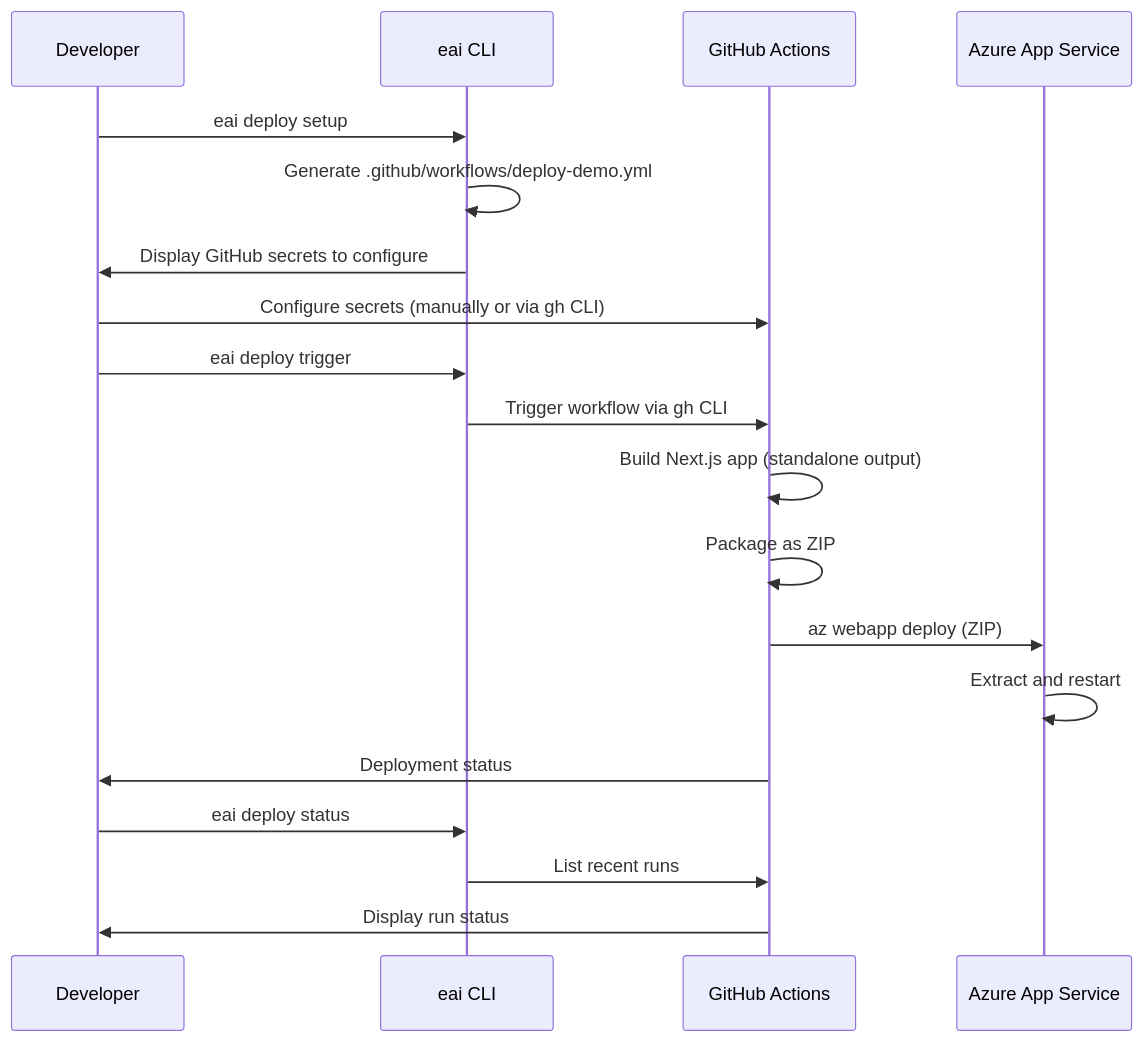
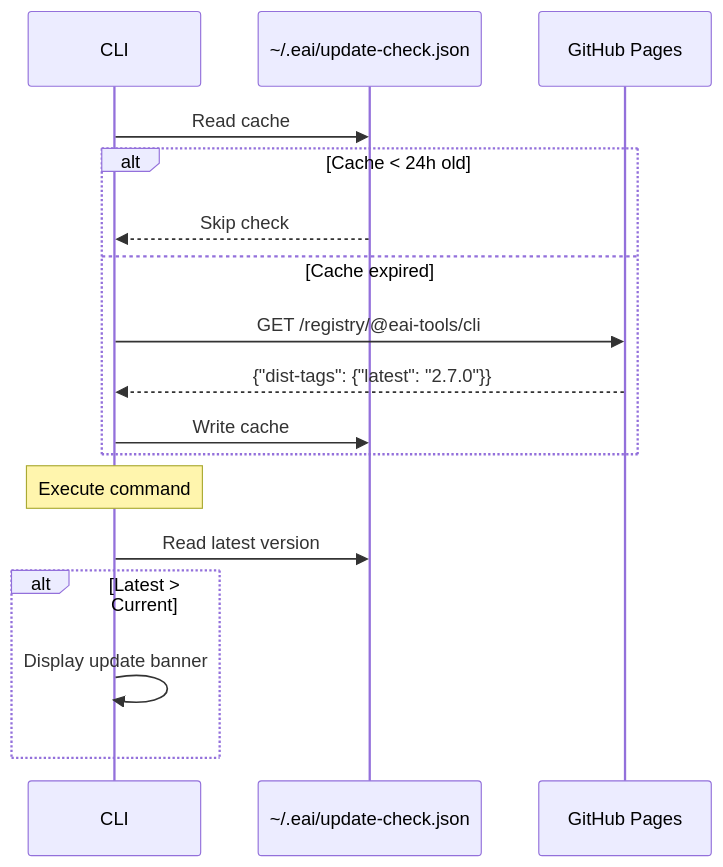
Before and after one commit to eai-support/eai: the second of 3 diagrams in .tech-docs/deployment.md, drawn with Mermaid. The commit also changed other lines of this file and 9 other files, not shown here.

````diff
--- a/.tech-docs/deployment.md
+++ b/.tech-docs/deployment.md
@@ -149,25 +187,22 @@
 ```mermaid
 sequenceDiagram
-    participant Dev as Developer
-    participant CLI as eai CLI
-    participant GH as GitHub Actions
-    participant Azure as Azure App Service
+    participant CLI
+    participant Cache as ~/.eai/update-check.json
+    participant Registry as GitHub Pages
 
-    Dev->>CLI: eai deploy setup
-    CLI->>CLI: Generate .github/workflows/deploy-demo.yml
-    CLI->>Dev: Display GitHub secrets to configure
+    CLI->>Cache: Read cache
+    alt Cache < 24h old
+        Cache-->>CLI: Skip check
+    else Cache expired
+        CLI->>Registry: GET /registry/@eai-tools/cli
+        Registry-->>CLI: {"dist-tags": {"latest": "2.7.0"}}
+        CLI->>Cache: Write cache
+    end
 
-    Dev->>GH: Configure secrets (manually or via gh CLI)
+    Note over CLI: Execute command
 
-    Dev->>CLI: eai deploy trigger
-    CLI->>GH: Trigger workflow via gh CLI
-    GH->>GH: Build Next.js app (standalone output)
-    GH->>GH: Package as ZIP
-    GH->>Azure: az webapp deploy (ZIP)
-    Azure->>Azure: Extract and restart
-    GH->>Dev: Deployment status
-
-    Dev->>CLI: eai deploy status
-    CLI->>GH: List recent runs
-    GH->>Dev: Display run status
+    CLI->>Cache: Read latest version
+    alt Latest > Current
+        CLI->>CLI: Display update banner
+    end
 ```
````
